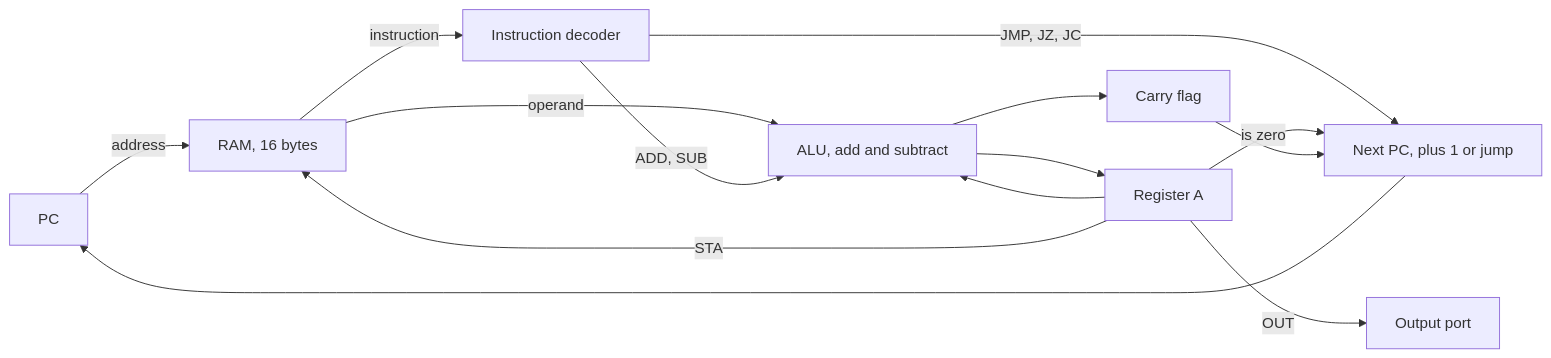
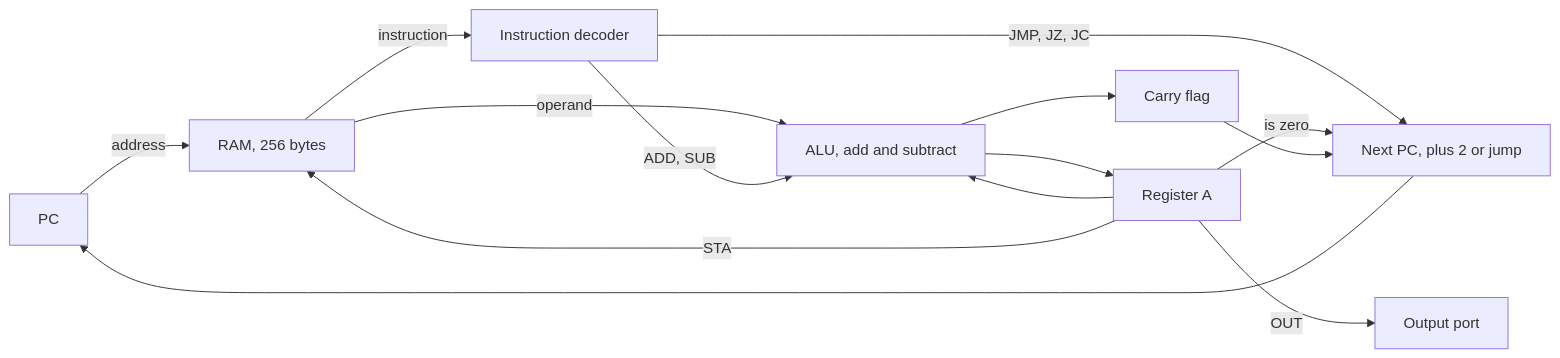
The second of 3 diagrams in README.md (RiwRiwara/jev-computer), drawn with Mermaid before and after one commit. The commit also changed other lines of this file and 19 other files, not shown here.

First line of the commit message:
Expand to 256 bytes of RAM; add factorial, power, prime, sorting

````diff
--- a/README.md
+++ b/README.md
@@ -151,16 +161,16 @@
 ```mermaid
 flowchart LR
-    PC[PC] -->|address| RAM[RAM, 16 bytes]
+    PC[PC] -->|address| RAM[RAM, 256 bytes]
     RAM -->|instruction| DEC[Instruction decoder]
     RAM -->|operand| ALU[ALU, add and subtract]
     A[Register A] --> ALU
     DEC -->|ADD, SUB| ALU
     ALU --> A
     ALU --> C[Carry flag]
-    DEC -->|JMP, JZ, JC| NPC[Next PC, plus 1 or jump]
+    DEC -->|JMP, JZ, JC| NPC[Next PC, plus 2 or jump]
     A -->|is zero| NPC
     C --> NPC
     NPC --> PC
     A -->|STA| RAM
     A -->|OUT| OUTP[Output port]
 ```
````
